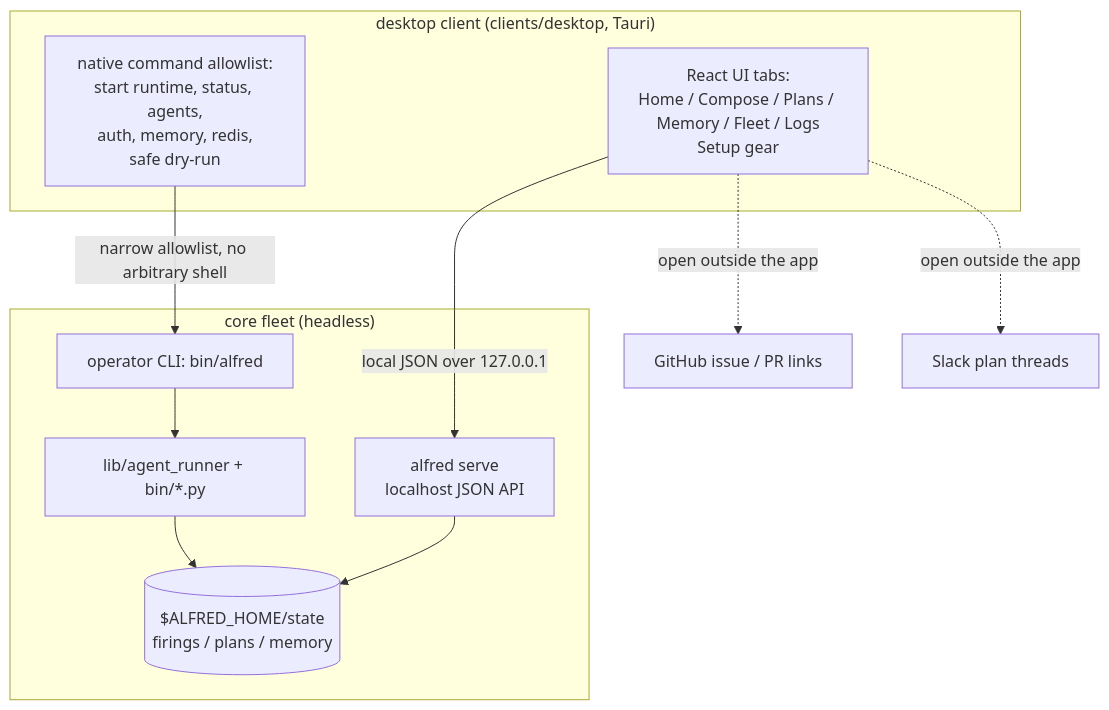
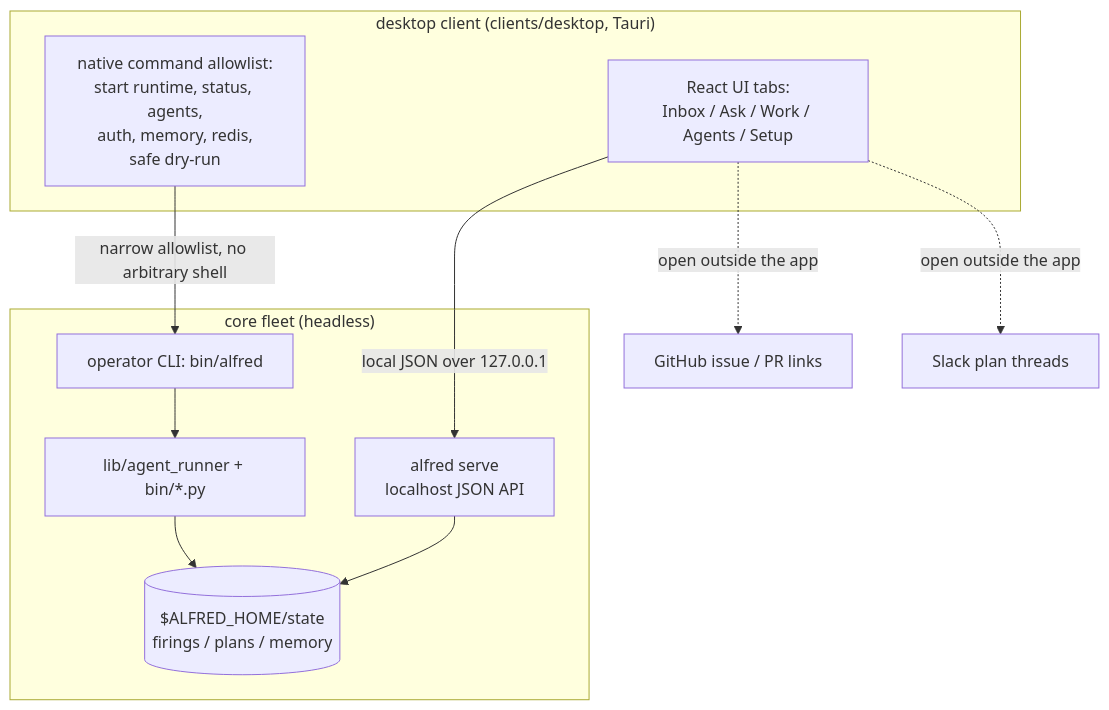
One commit to luminik-io/alfred-os changed the diagram in site/src/content/docs/concepts/desktop-client.md. Above: the diagram before and after it, drawn with Mermaid. The commit also changed other lines of this file and 20 other files, not shown here.

````diff
--- a/site/src/content/docs/concepts/desktop-client.md
+++ b/site/src/content/docs/concepts/desktop-client.md
@@ -20,25 +20,25 @@
 ```mermaid
 flowchart TB
     subgraph client["desktop client (clients/desktop, Tauri)"]
-        ui["React UI tabs:<br/>Home / Compose / Plans / Memory / Fleet / Logs<br/>Setup gear"]
+        ui["React UI tabs:<br/>Inbox / Ask / Work / Agents / Setup"]
         native["native command allowlist:<br/>start runtime, status, agents,<br/>auth, memory, redis,<br/>safe dry-run"]
     end
 
     subgraph core["core fleet (headless)"]
         serve["alfred serve<br/>localhost JSON API"]
         state[("$ALFRED_HOME/state<br/>firings / plans / memory")]
         cli["operator CLI: bin/alfred"]
         fleet["lib/agent_runner + bin/*.py"]
     end
 
     gh["GitHub issue / PR links"]
     slackthread["Slack plan threads"]
 
     ui -->|local JSON over 127.0.0.1| serve
     native -->|narrow allowlist, no arbitrary shell| cli
     serve --> state
     cli --> fleet
     fleet --> state
     ui -.->|open outside the app| gh
     ui -.->|open outside the app| slackthread
 ```
````
